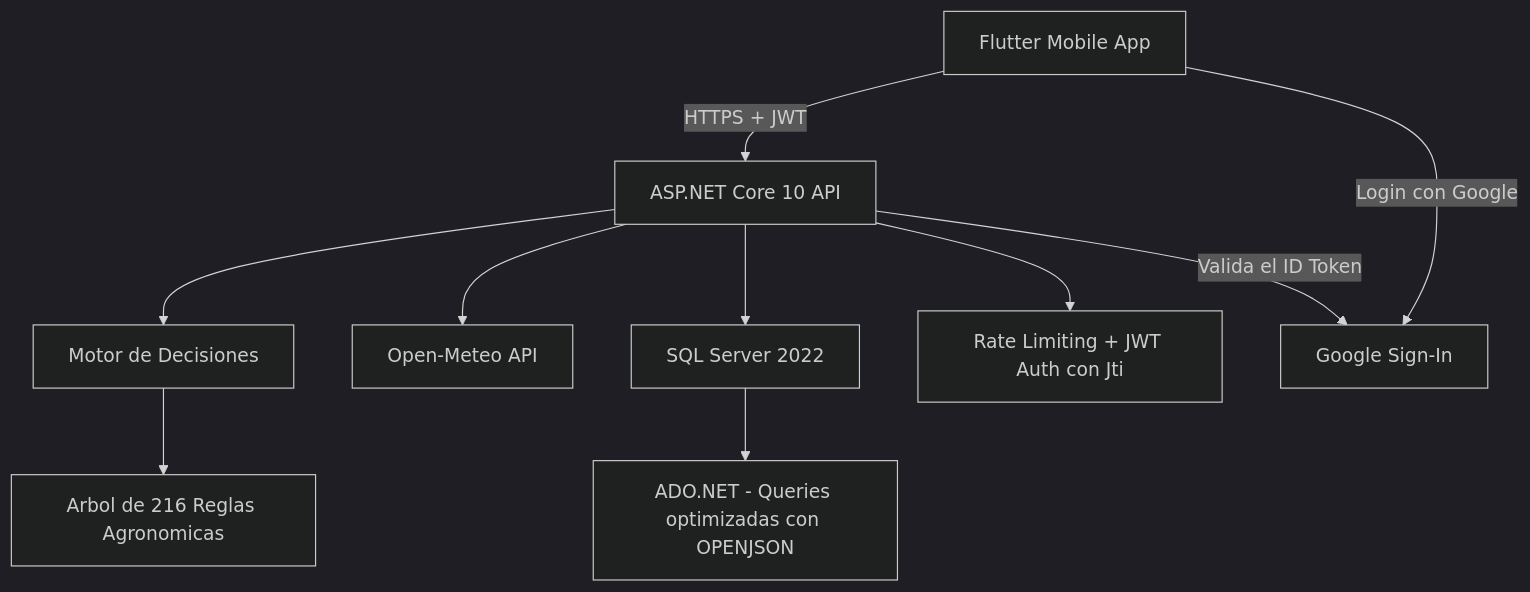
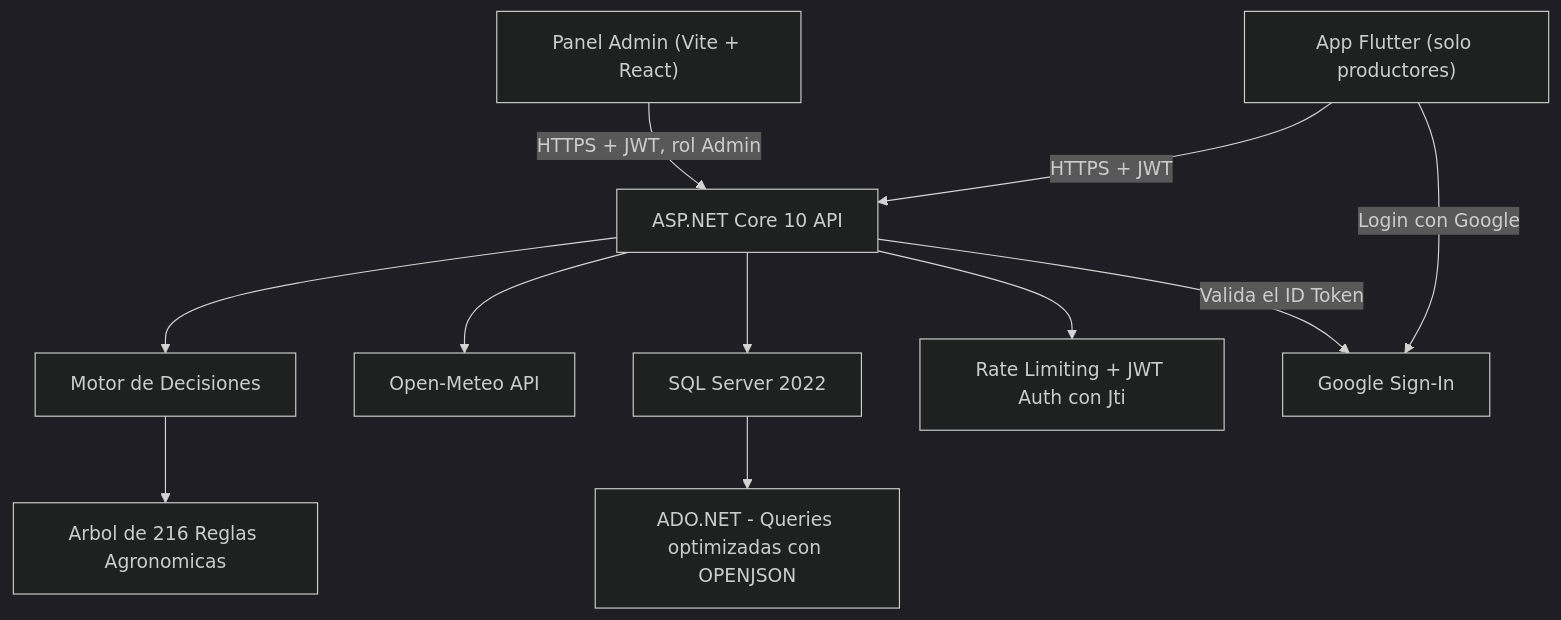
The diagram in README.es.md (Abemilek/CosechaClima), drawn with Mermaid (dark theme) before and after one commit. The commit also changed other lines of this file and 1 other file, not shown here.

Commit message:
docs(readme): document admin panel and national coverage

````diff
--- a/README.es.md
+++ b/README.es.md
@@ -61,12 +61,13 @@
 ```mermaid
 flowchart TD
-    A["Flutter Mobile App"] -->|"HTTPS + JWT"| B["ASP.NET Core 10 API"]
+    A["App Flutter (solo productores)"] -->|"HTTPS + JWT"| B["ASP.NET Core 10 API"]
+    P["Panel Admin (Vite + React)"] -->|"HTTPS + JWT, rol Admin"| B
     B --> C["Motor de Decisiones"]
     C --> D["Arbol de 216 Reglas Agronomicas"]
     B --> E["Open-Meteo API"]
     B --> F["SQL Server 2022"]
     F --> G["ADO.NET - Queries optimizadas con OPENJSON"]
     B --> H["Rate Limiting + JWT Auth con Jti"]
     A -->|"Login con Google"| I["Google Sign-In"]
     B -->|"Valida el ID Token"| I
 ```
````
